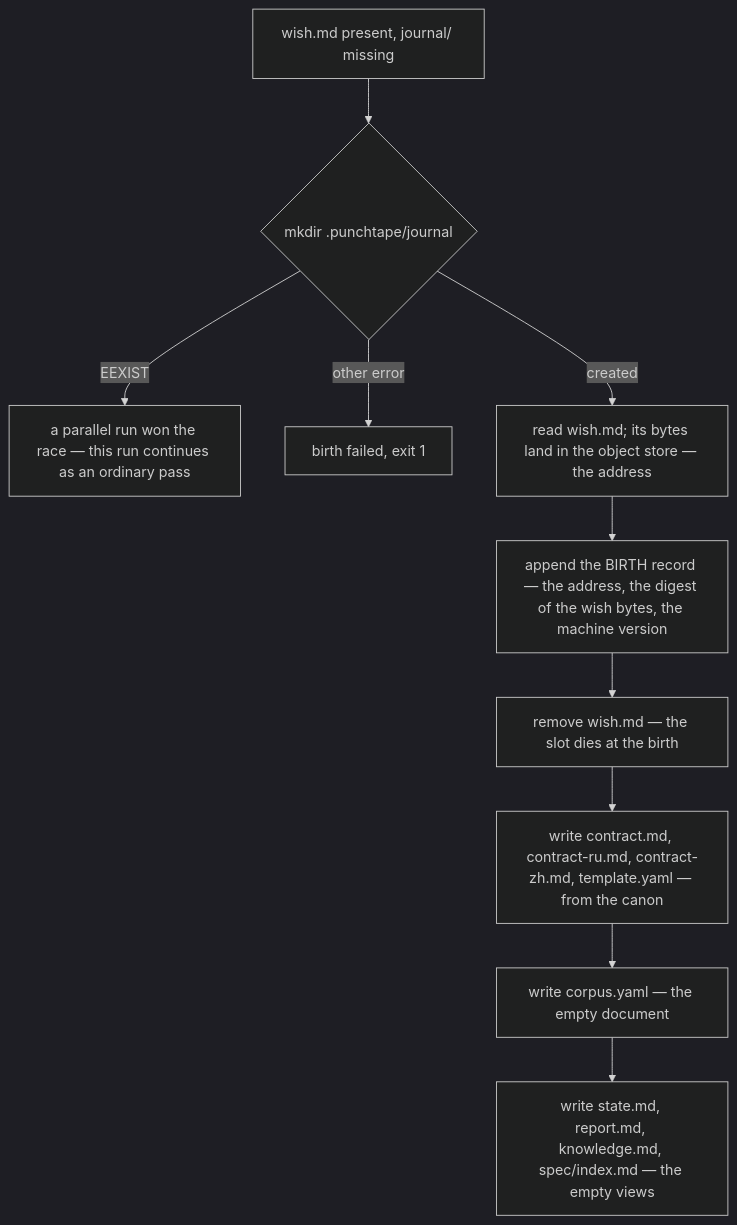
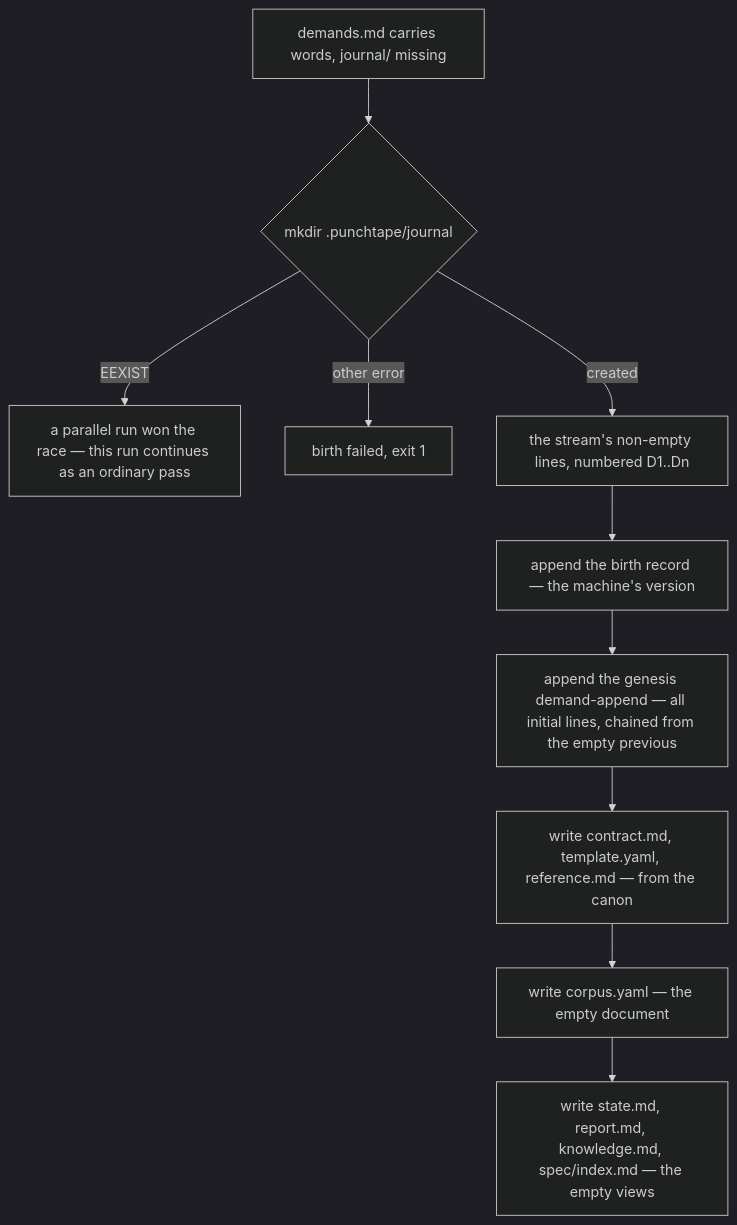
One commit to neurophant/punchtape changed the second of 9 diagrams in docs/ARCHITECTURE.md. Above: the diagram before and after it, drawn with Mermaid (dark theme). The commit also changed other lines of this file and 80 other files, not shown here.

````diff
--- a/docs/ARCHITECTURE.md
+++ b/docs/ARCHITECTURE.md
@@ -162,12 +182,12 @@
 ```mermaid
 flowchart TD
-    S["wish.md present, journal/ missing"] --> M{"mkdir .punchtape/journal"}
+    S["demands.md carries words, journal/ missing"] --> M{"mkdir .punchtape/journal"}
     M -- "EEXIST" --> PASS["a parallel run won the race — this run continues as an ordinary pass"]
     M -- "other error" --> FAIL["birth failed, exit 1"]
-    M -- "created" --> W["read wish.md; its bytes land in the object store — the address"]
-    W --> R["append the BIRTH record — the address, the digest of the wish bytes, the machine version"]
-    R --> RM["remove wish.md — the slot dies at the birth"]
-    RM --> F1["write contract.md, contract-ru.md, contract-zh.md, template.yaml — from the canon"]
+    M -- "created" --> W["the stream's non-empty lines, numbered D1..Dn"]
+    W --> R["append the birth record — the machine's version"]
+    R --> G["append the genesis demand-append — all initial lines, chained from the empty previous"]
+    G --> F1["write contract.md, template.yaml, reference.md — from the canon"]
     F1 --> F2["write corpus.yaml — the empty document"]
     F2 --> F3["write state.md, report.md, knowledge.md, spec/index.md — the empty views"]
 ```
````
